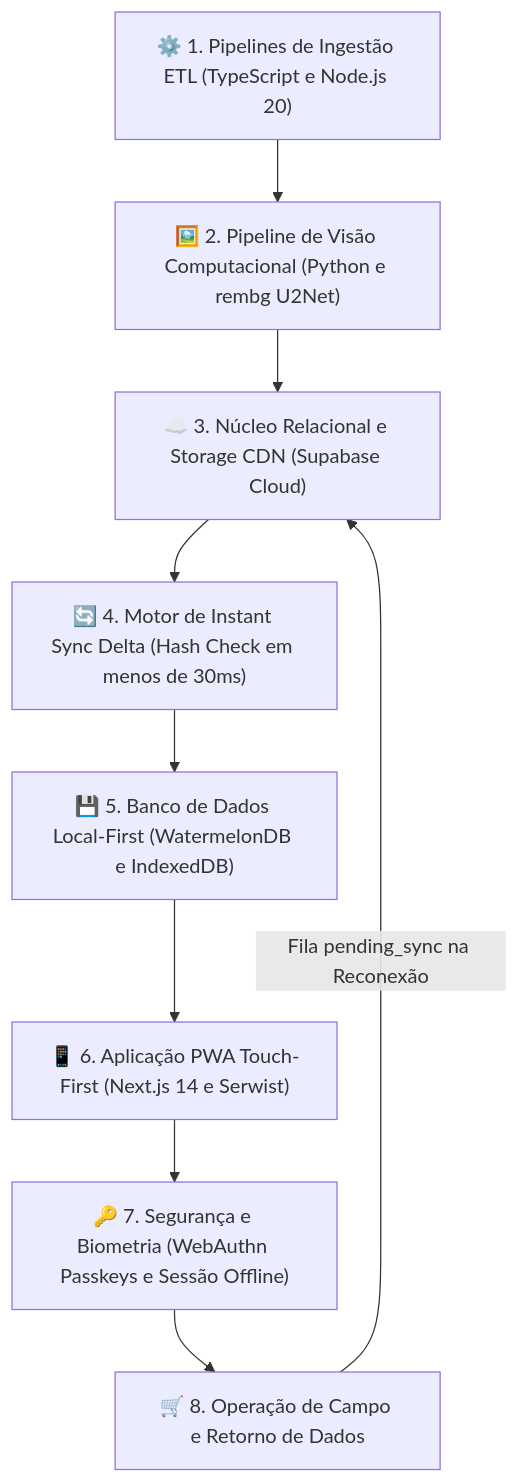
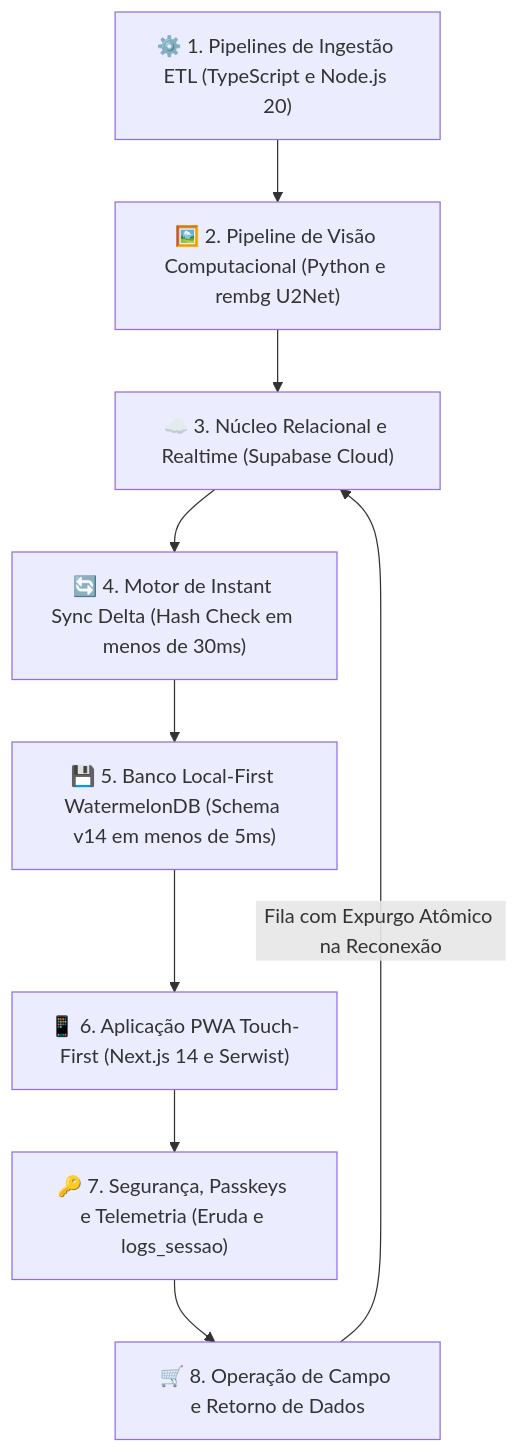
One commit to NaejBarbosa/paletscan-etl changed the third of 3 diagrams in docs/index.md. Above: the diagram before and after it, drawn with Mermaid. The commit also changed other lines of this file and 28 other files, not shown here.

Commit message:
docs: atualiza documentacao mkdocs com pontos criticos e diagramas verticalizados mobile

````diff
--- a/docs/index.md
+++ b/docs/index.md
@@ -100,12 +101,12 @@
 ```mermaid
 flowchart TD
     ETL["⚙️ 1. Pipelines de Ingestão ETL (TypeScript e Node.js 20)"]
     ETL --> AI["🖼️ 2. Pipeline de Visão Computacional (Python e rembg U2Net)"]
-    AI --> SUPA["☁️ 3. Núcleo Relacional e Storage CDN (Supabase Cloud)"]
+    AI --> SUPA["☁️ 3. Núcleo Relacional e Realtime (Supabase Cloud)"]
     SUPA --> SYNC["🔄 4. Motor de Instant Sync Delta (Hash Check em menos de 30ms)"]
-    SYNC --> WDB["💾 5. Banco de Dados Local-First (WatermelonDB e IndexedDB)"]
+    SYNC --> WDB["💾 5. Banco Local-First WatermelonDB (Schema v14 em menos de 5ms)"]
     WDB --> PWA["📱 6. Aplicação PWA Touch-First (Next.js 14 e Serwist)"]
-    PWA --> AUTH["🔑 7. Segurança e Biometria (WebAuthn Passkeys e Sessão Offline)"]
+    PWA --> AUTH["🔑 7. Segurança, Passkeys e Telemetria (Eruda e logs_sessao)"]
     AUTH --> RTN["🛒 8. Operação de Campo e Retorno de Dados"]
-    RTN -->|Fila pending_sync na Reconexão| SUPA
+    RTN -->|Fila com Expurgo Atômico na Reconexão| SUPA
 ```
````
